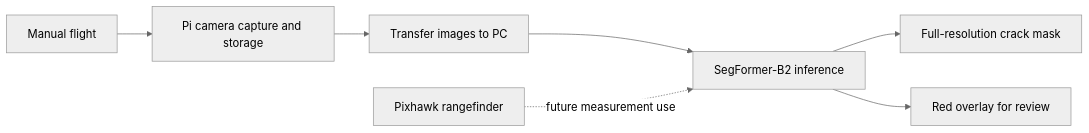
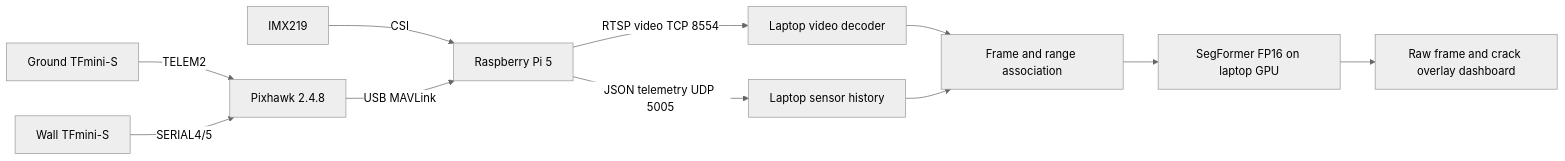
The diagram in README.md (ManasD2011/CrackSense), drawn with Mermaid (neutral theme) before and after one commit. The commit also changed other lines of this file and 182 other files, not shown here.

````diff
--- a/README.md
+++ b/README.md
@@ -27,9 +35,13 @@
 ```mermaid
 flowchart LR
-    A[Manual flight] --> B[Pi camera capture and storage]
-    B --> C[Transfer images to PC]
-    C --> D[SegFormer-B2 inference]
-    D --> E[Full-resolution crack mask]
-    D --> F[Red overlay for review]
-    G[Pixhawk rangefinder] -. future measurement use .-> D
+  C[IMX219] -->|CSI| P[Raspberry Pi 5]
+  G[Ground TFmini-S] -->|TELEM2| X[Pixhawk 2.4.8]
+  W[Wall TFmini-S] -->|SERIAL4/5| X
+  X -->|USB MAVLink| P
+  P -->|RTSP video TCP 8554| V[Laptop video decoder]
+  P -->|JSON telemetry UDP 5005| T[Laptop sensor history]
+  V --> A[Frame and range association]
+  T --> A
+  A --> M[SegFormer FP16 on laptop GPU]
+  M --> D[Raw frame and crack overlay dashboard]
 ```
````
